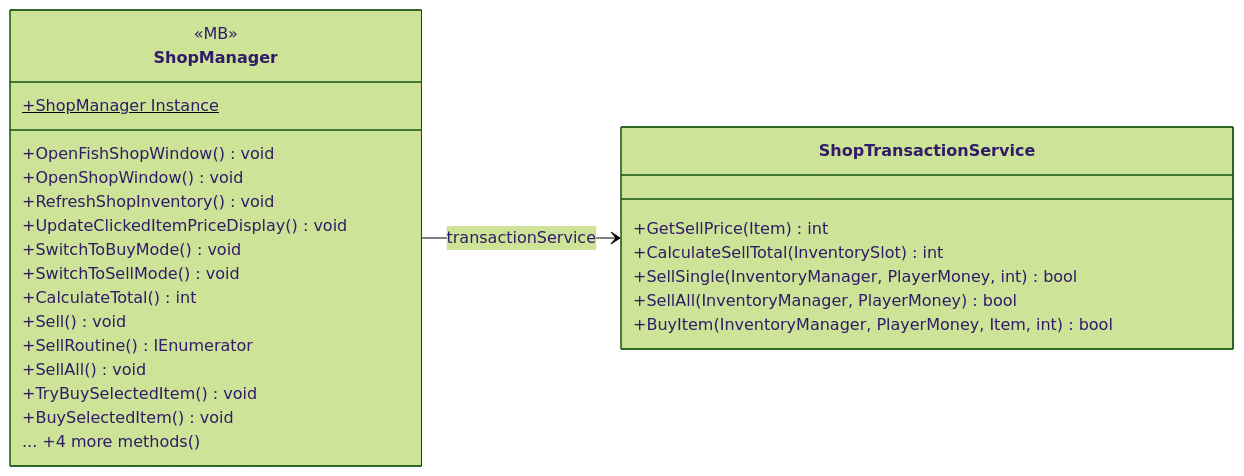
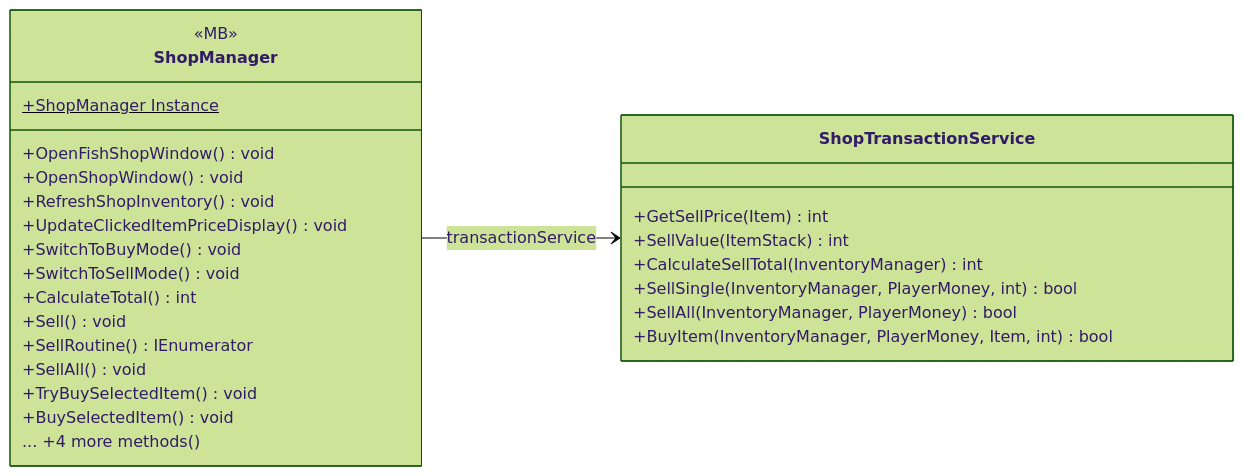
Before and after one commit to PhumipatWave/project-ocean: the diagram in docs/uml/modules/UI_Shop.md, drawn with Mermaid (forest theme). The commit also changed other lines of this file and 304 other files, not shown here.

````diff
--- a/docs/uml/modules/UI_Shop.md
+++ b/docs/uml/modules/UI_Shop.md
@@ -7,29 +7,30 @@
 ```mermaid
 classDiagram
   direction LR
   class ShopManager {
     <<MB>>
     +ShopManager Instance$
     +OpenFishShopWindow() void
     +OpenShopWindow() void
     +RefreshShopInventory() void
     +UpdateClickedItemPriceDisplay() void
     +SwitchToBuyMode() void
     +SwitchToSellMode() void
     +CalculateTotal() int
     +Sell() void
     +SellRoutine() IEnumerator
     +SellAll() void
     +TryBuySelectedItem() void
     +BuySelectedItem() void
     ... +4 more methods()
   }
   class ShopTransactionService {
     +GetSellPrice(Item) int
-    +CalculateSellTotal(InventorySlot) int
+    +SellValue(ItemStack) int
+    +CalculateSellTotal(InventoryManager) int
     +SellSingle(InventoryManager, PlayerMoney, int) bool
     +SellAll(InventoryManager, PlayerMoney) bool
     +BuyItem(InventoryManager, PlayerMoney, Item, int) bool
   }
   ShopManager --> ShopTransactionService : transactionService
 ```
````
